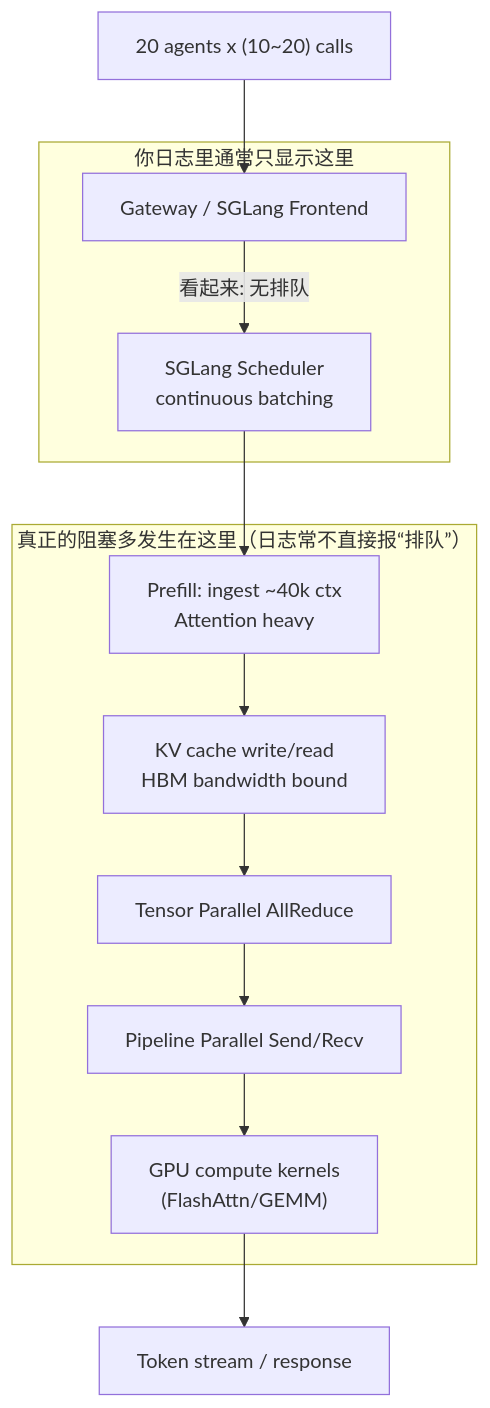
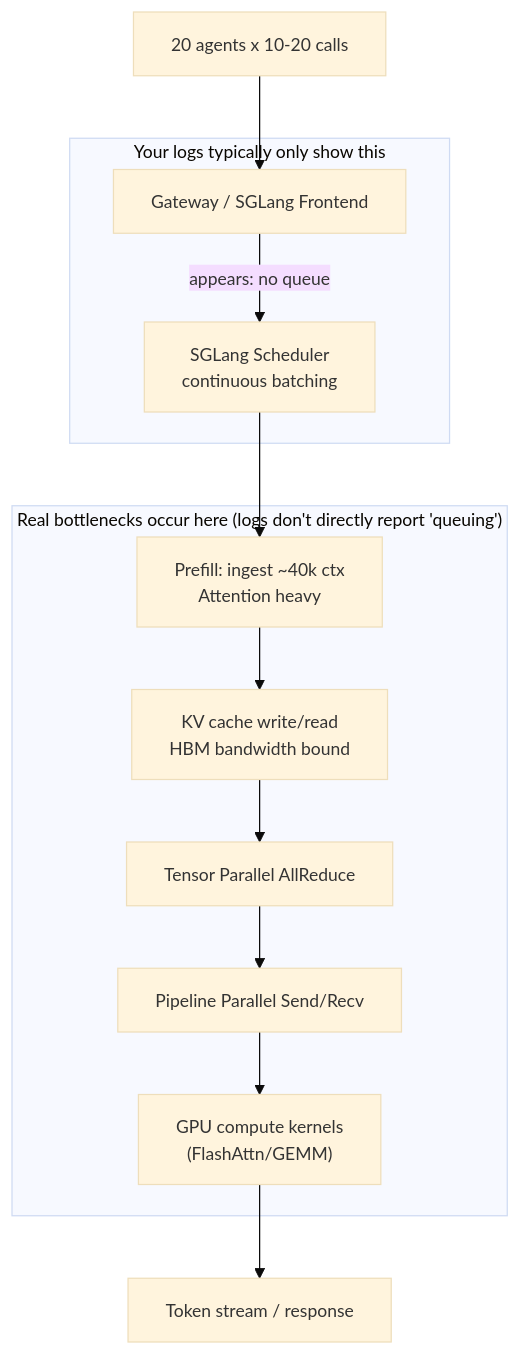
The diagram in inference/performance-tuning.md (hz1957/AI-Notes), drawn with Mermaid before and after one commit. The commit also changed other lines of this file and 1 other file, not shown here.

First line of the commit message:
docs: translate performance tuning guide and enhance Mermaid syntax

````diff
--- a/inference/performance-tuning.md
+++ b/inference/performance-tuning.md
@@ -19,24 +19,25 @@
 ```mermaid
+%%{init: {'theme':'base', 'themeVariables': { 'fontSize':'14px'}}}%%
 flowchart TD
-  U["20 agents x (10~20) calls"] --> GW["Gateway / SGLang Frontend"]
-  GW -->|看起来: 无排队| SCHED["SGLang Scheduler<br/>continuous batching"]
+  U["20 agents x 10-20 calls"] --> GW["Gateway / SGLang Frontend"]
+  GW -->|appears: no queue| SCHED["SGLang Scheduler<br/>continuous batching"]
   SCHED --> PREFILL["Prefill: ingest ~40k ctx<br/>Attention heavy"]
   PREFILL --> KV["KV cache write/read<br/>HBM bandwidth bound"]
   KV --> TP["Tensor Parallel AllReduce"]
   TP --> PP["Pipeline Parallel Send/Recv"]
   PP --> GPU["GPU compute kernels<br/>(FlashAttn/GEMM)"]
   GPU --> OUT["Token stream / response"]
 
-  subgraph LogView ["你日志里通常只显示这里"]
+  subgraph LogView ["Your logs typically only show this"]
     GW
     SCHED
   end
 
-  subgraph RealBottleneck ["真正的阻塞多发生在这里（日志常不直接报“排队”）"]
+  subgraph RealBottleneck ["Real bottlenecks occur here (logs don't directly report 'queuing')"]
     PREFILL
     KV
     TP
     PP
     GPU
   end
 ```
````
